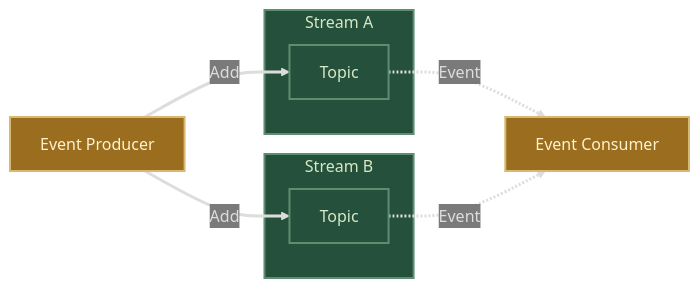
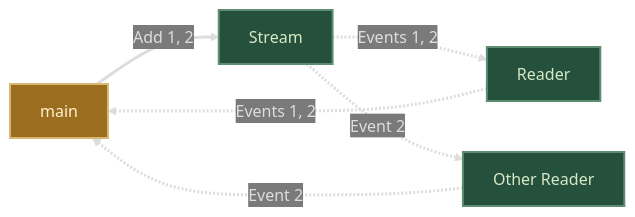
One commit to goadesign/pulse changed the second of 6 diagrams in streaming/README.md. Above: the diagram before and after it, drawn with Mermaid. The commit also changed other lines of this file and 6 other files, not shown here.

````diff
--- a/streaming/README.md
+++ b/streaming/README.md
@@ -13,27 +37,21 @@
 ```mermaid
 %%{init: {'themeVariables': { 'edgeLabelBackground': '#7A7A7A'}}}%%
 flowchart LR
-    A[Event Producer]
-    subgraph SA[Stream A]
-        TA[Topic]
-    end
-    subgraph SB[Stream B]
-        TB[Topic]
-    end
-    B[Event Consumer]
-    A-->|Add|TA
-    A-->|Add|TB
-    TA-.->|Event|B
-    TB-.->|Event|B
+    main-->|Add 1, 2|Stream
+    Reader-.->|Events 1, 2|main
+    Reader2-.->|Event 2|main
+    Stream-.->|Events 1, 2|Reader
+    Stream-.->|Event 2|Reader2[Other Reader]
 
     classDef userCode fill:#9A6D1F, stroke:#D9B871, stroke-width:2px, color:#FFF2CC;
     classDef ponos fill:#25503C, stroke:#5E8E71, stroke-width:2px, color:#D6E9C6;
 
-    class A,B userCode;
-    class SA,SB,TA,TB ponos;
+    class main userCode;
+    class Stream,Reader,Reader2 ponos;
 
     linkStyle 0 stroke:#DDDDDD,color:#DDDDDD,stroke-width:3px;
     linkStyle 1 stroke:#DDDDDD,color:#DDDDDD,stroke-width:3px;
     linkStyle 2 stroke:#DDDDDD,color:#DDDDDD,stroke-width:3px;
     linkStyle 3 stroke:#DDDDDD,color:#DDDDDD,stroke-width:3px;
+    linkStyle 4 stroke:#DDDDDD,color:#DDDDDD,stroke-width:3px;
 ```
````
